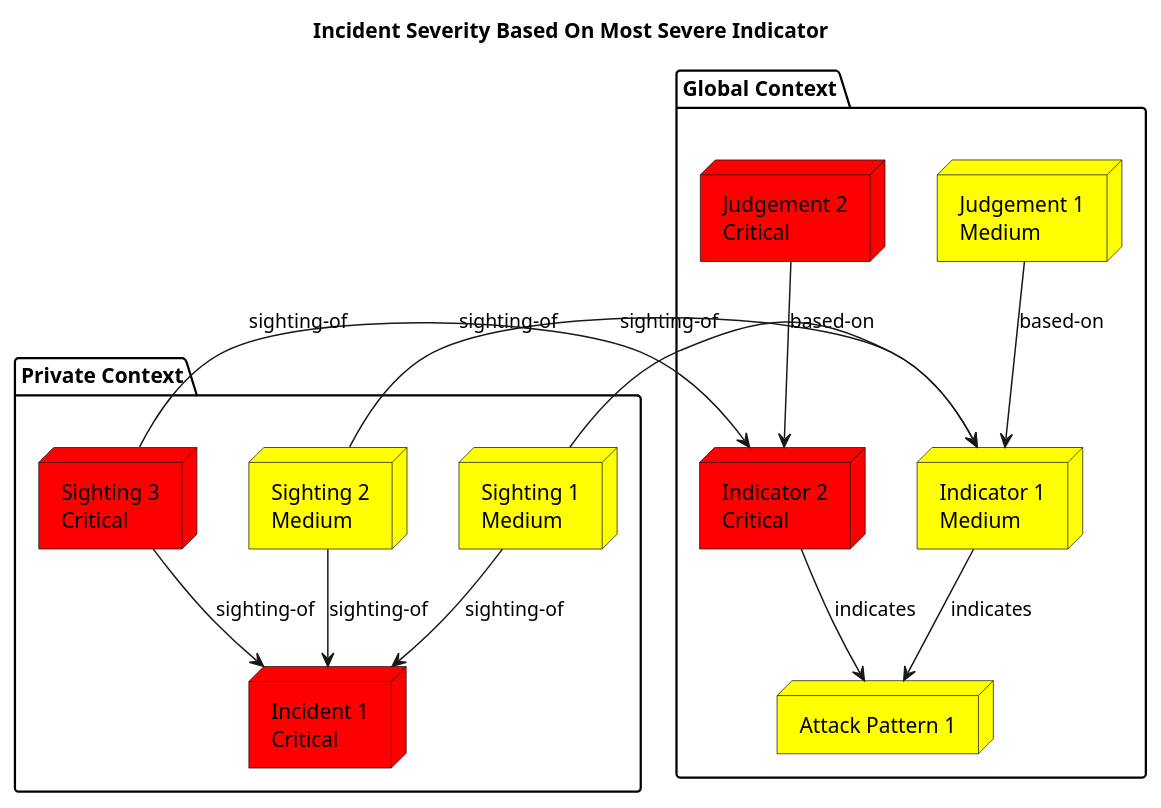
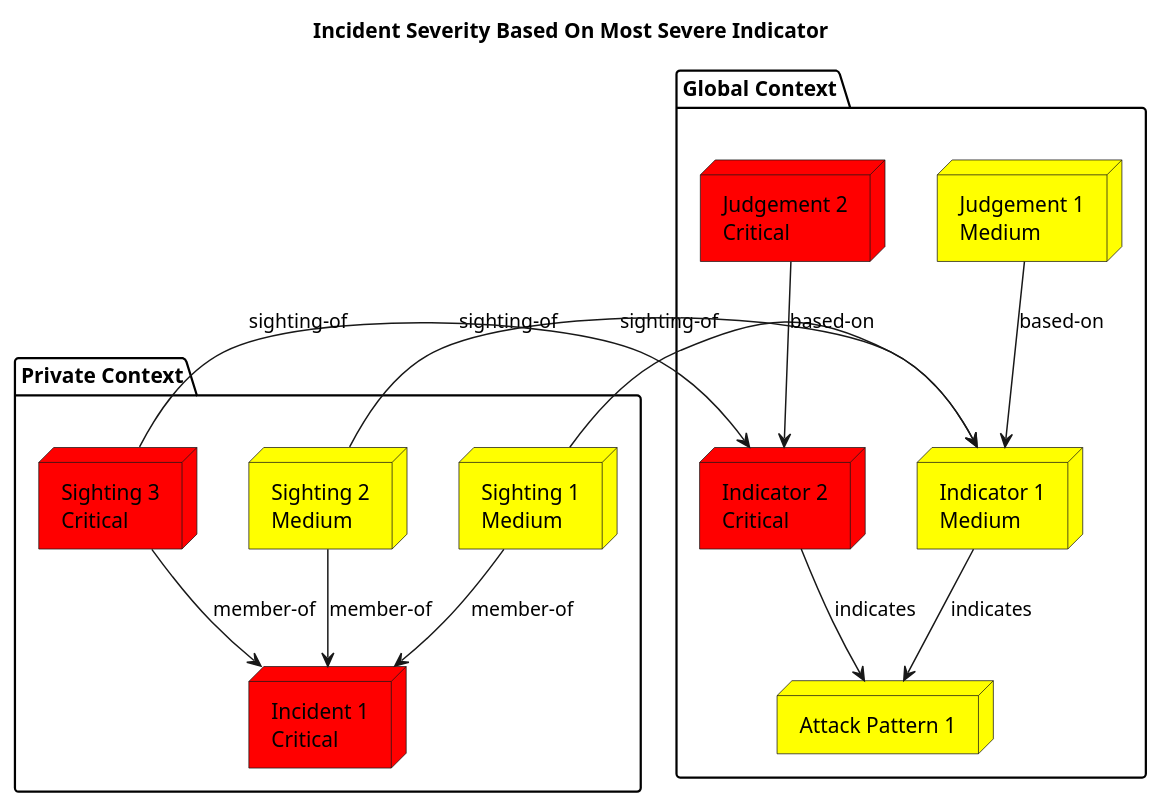
Before and after one commit to threatgrid/ctim: the third of 3 diagrams in doc/tutorials/threat-context/incident-threat-context.org, drawn with PlantUML. The commit also changed other lines of this file and 3 other files, not shown here.

```diff
--- a/doc/tutorials/threat-context/incident-threat-context.org
+++ b/doc/tutorials/threat-context/incident-threat-context.org
@@ -66,28 +66,28 @@
 #+begin_src plantuml :file incident-severity.png
 title Incident Severity Based On Most Severe Indicator
 
 package "Private Context" {
   node "Incident 1\nCritical" as incident_1 #Red
   node "Sighting 1\nMedium" as sighting_1 #Yellow
   node "Sighting 2\nMedium" as sighting_2 #Yellow
   node "Sighting 3\nCritical" as sighting_3 #Red
 }
 package "Global Context" {
  node "Indicator 1\nMedium" as indicator_1 #Yellow
  node "Indicator 2\nCritical" as indicator_2 #Red
  node "Judgement 1\nMedium" as judgement_1 #Yellow
  node "Judgement 2\nCritical" as judgement_2 #Red
  node "Attack Pattern 1" as attack_pattern_1 #Yellow
 }
 
-sighting_1  --> incident_1       : sighting-of
-sighting_2  --> incident_1       : sighting-of
-sighting_3  --> incident_1       : sighting-of
+sighting_1  --> incident_1       : member-of
+sighting_2  --> incident_1       : member-of
+sighting_3  --> incident_1       : member-of
 sighting_1  -> indicator_1       : sighting-of
 sighting_2  -> indicator_1       : sighting-of
 sighting_3  -> indicator_2       : sighting-of
 judgement_1 --> indicator_1      : based-on
 judgement_2 --> indicator_2      : based-on
 indicator_1 --> attack_pattern_1 : indicates
 indicator_2 --> attack_pattern_1 : indicates
 #+end_src
```
